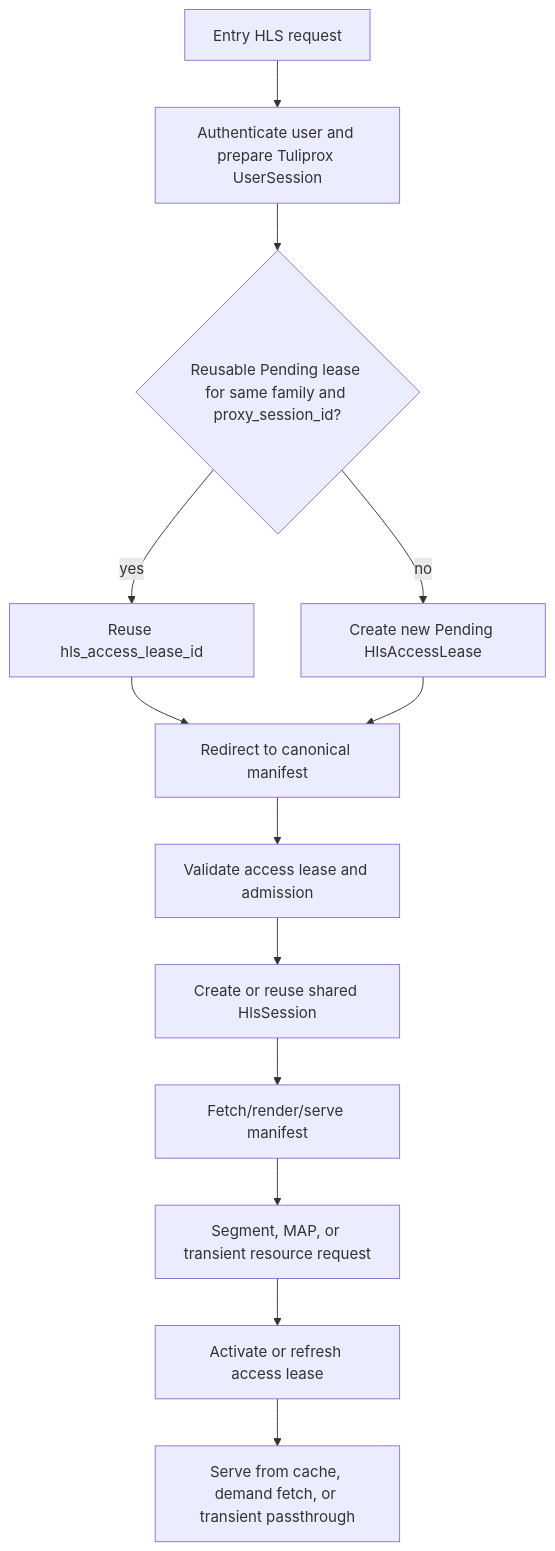
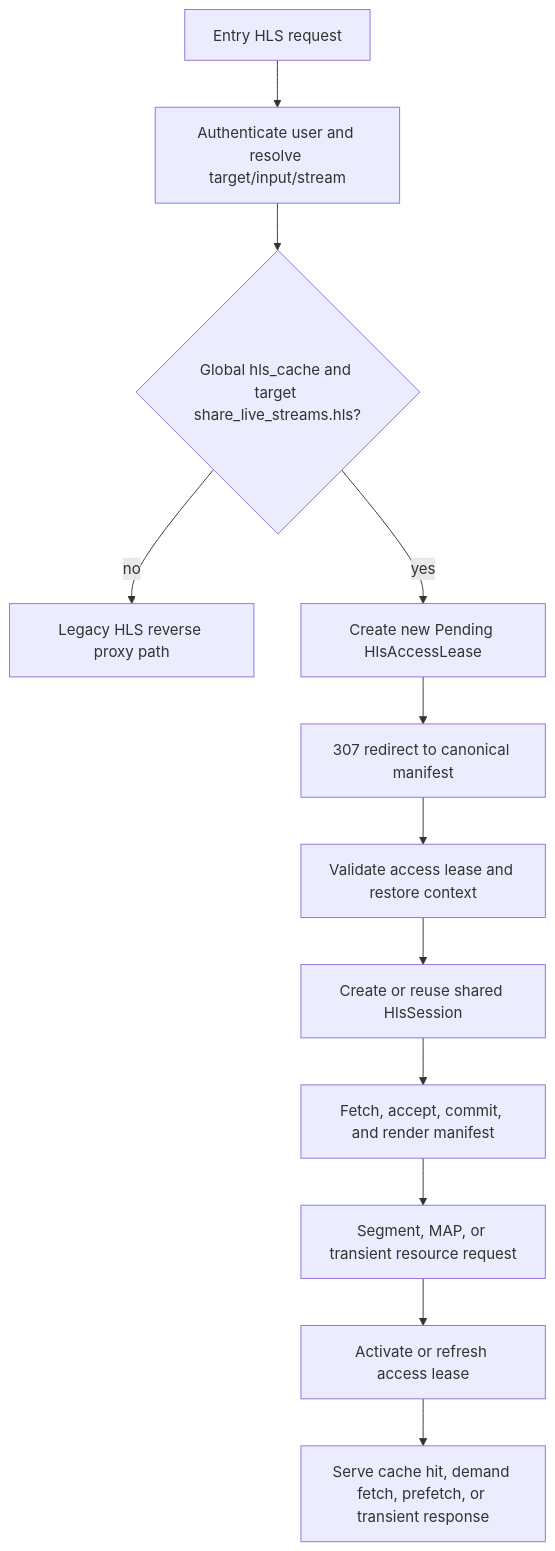
Before and after one commit to euzu/tuliprox: the first of 4 diagrams in docs/src/configuration/hls-cache-state-machine.md, drawn with Mermaid. The commit also changed other lines of this file and 7 other files, not shown here.

Commit message:
doc: add and align shared hls session documentation

````diff
--- a/docs/src/configuration/hls-cache-state-machine.md
+++ b/docs/src/configuration/hls-cache-state-machine.md
@@ -41,15 +47,14 @@
 ```mermaid
 flowchart TD
-    A["Entry HLS request"] --> B["Authenticate user and prepare Tuliprox UserSession"]
-    B --> C{"Reusable Pending lease for same family and proxy_session_id?"}
-    C -->|yes| D["Reuse hls_access_lease_id"]
-    C -->|no| E["Create new Pending HlsAccessLease"]
-    D --> F["Redirect to canonical manifest"]
-    E --> F
-    F --> G["Validate access lease and admission"]
+    A["Entry HLS request"] --> B["Authenticate user and resolve target/input/stream"]
+    B --> C{"Global hls_cache and target share_live_streams.hls?"}
+    C -->|no| D["Legacy HLS reverse proxy path"]
+    C -->|yes| E["Create new Pending HlsAccessLease"]
+    E --> F["307 redirect to canonical manifest"]
+    F --> G["Validate access lease and restore context"]
     G --> H["Create or reuse shared HlsSession"]
-    H --> I["Fetch/render/serve manifest"]
+    H --> I["Fetch, accept, commit, and render manifest"]
     I --> J["Segment, MAP, or transient resource request"]
     J --> K["Activate or refresh access lease"]
-    K --> L["Serve from cache, demand fetch, or transient passthrough"]
+    K --> L["Serve cache hit, demand fetch, prefetch, or transient response"]
 ```
````
